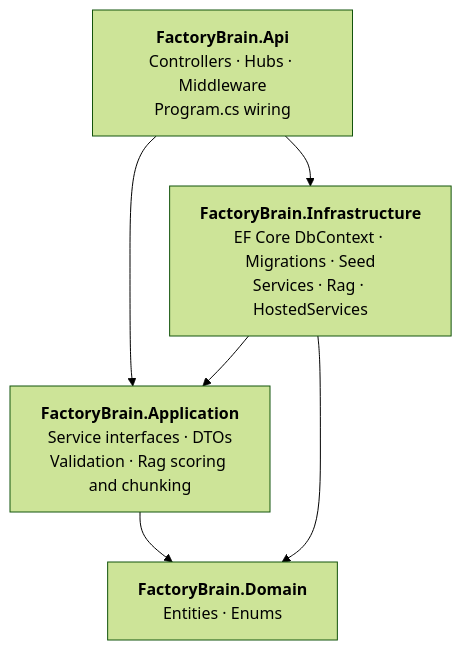
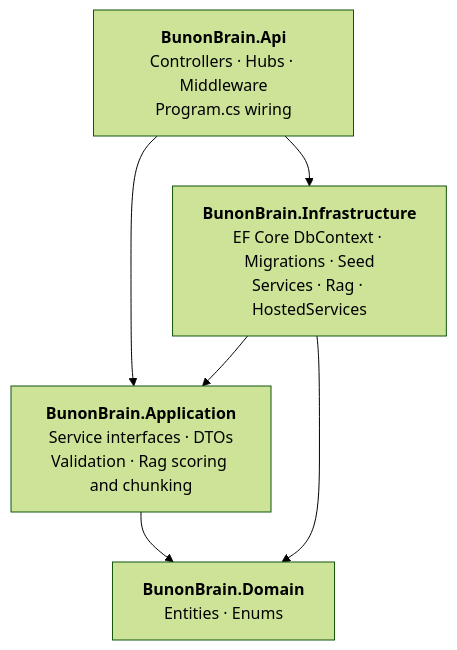
The second of 10 diagrams in ARCHITECTURE.md (shamiulriyad/FactoryBrain), drawn with Mermaid (forest theme) before and after one commit. The commit also changed other lines of this file and 502 other files, not shown here.

First line of the commit message:
Rename backend to BunonBrain and add role-based access control

````diff
--- a/ARCHITECTURE.md
+++ b/ARCHITECTURE.md
@@ -95,13 +95,13 @@
 ```mermaid
 flowchart TB
-    api["<b>FactoryBrain.Api</b><br/>Controllers · Hubs · Middleware<br/>Program.cs wiring"]
-    infra["<b>FactoryBrain.Infrastructure</b><br/>EF Core DbContext · Migrations · Seed<br/>Services · Rag · HostedServices"]
-    app["<b>FactoryBrain.Application</b><br/>Service interfaces · DTOs<br/>Validation · Rag scoring and chunking"]
-    domain["<b>FactoryBrain.Domain</b><br/>Entities · Enums"]
+    api["<b>BunonBrain.Api</b><br/>Controllers · Hubs · Middleware<br/>Program.cs wiring"]
+    infra["<b>BunonBrain.Infrastructure</b><br/>EF Core DbContext · Migrations · Seed<br/>Services · Rag · HostedServices"]
+    app["<b>BunonBrain.Application</b><br/>Service interfaces · DTOs<br/>Validation · Rag scoring and chunking"]
+    domain["<b>BunonBrain.Domain</b><br/>Entities · Enums"]
 
     api --> infra
     api --> app
     infra --> app
     app --> domain
     infra --> domain
 ```
````
